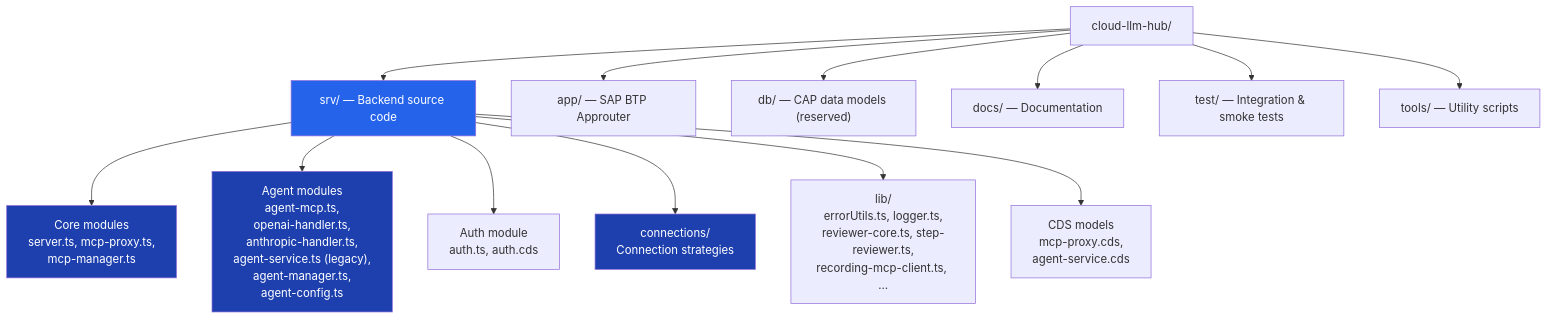
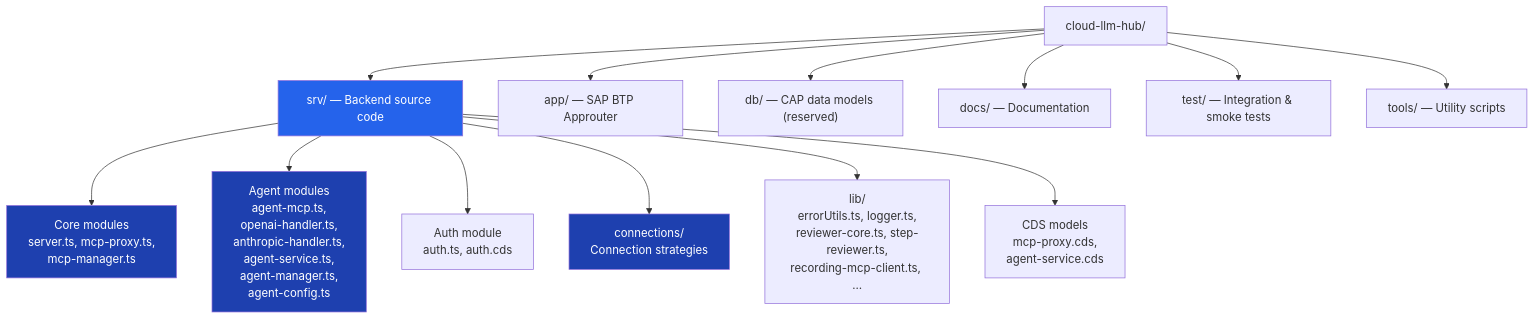
The third of 24 diagrams in docs/architecture/ARCHITECTURE.md (fr0ster/cloud-llm-hub), drawn with Mermaid before and after one commit. The commit also changed other lines of this file and 6 other files, not shown here.

````diff
--- a/docs/architecture/ARCHITECTURE.md
+++ b/docs/architecture/ARCHITECTURE.md
@@ -144,23 +142,23 @@
 ```mermaid
 graph TD
     ROOT["cloud-llm-hub/"]
 
     ROOT --> SRV_DIR["srv/ — Backend source code"]
     ROOT --> APP_DIR["app/ — SAP BTP Approuter"]
     ROOT --> DB_DIR["db/ — CAP data models (reserved)"]
     ROOT --> DOCS_DIR["docs/ — Documentation"]
     ROOT --> TEST_DIR["test/ — Integration & smoke tests"]
     ROOT --> TOOLS_DIR["tools/ — Utility scripts"]
 
     SRV_DIR --> SRV_CORE["Core modules<br/>server.ts, mcp-proxy.ts,<br/>mcp-manager.ts"]
-    SRV_DIR --> SRV_AGENT["Agent modules<br/>agent-mcp.ts,<br/>openai-handler.ts,<br/>anthropic-handler.ts,<br/>agent-service.ts (legacy),<br/>agent-manager.ts,<br/>agent-config.ts"]
+    SRV_DIR --> SRV_AGENT["Agent modules<br/>agent-mcp.ts,<br/>openai-handler.ts,<br/>anthropic-handler.ts,<br/>agent-service.ts,<br/>agent-manager.ts,<br/>agent-config.ts"]
     SRV_DIR --> SRV_AUTH["Auth module<br/>auth.ts, auth.cds"]
     SRV_DIR --> SRV_CONN["connections/<br/>Connection strategies"]
     SRV_DIR --> SRV_LIB["lib/<br/>errorUtils.ts, logger.ts,<br/>reviewer-core.ts, step-reviewer.ts,<br/>recording-mcp-client.ts, …"]
     SRV_DIR --> SRV_CDS["CDS models<br/>mcp-proxy.cds,<br/>agent-service.cds"]
 
     style SRV_DIR fill:#2563eb,color:#fff
     style SRV_CORE fill:#1e40af,color:#fff
     style SRV_AGENT fill:#1e40af,color:#fff
     style SRV_CONN fill:#1e40af,color:#fff
 ```
````
